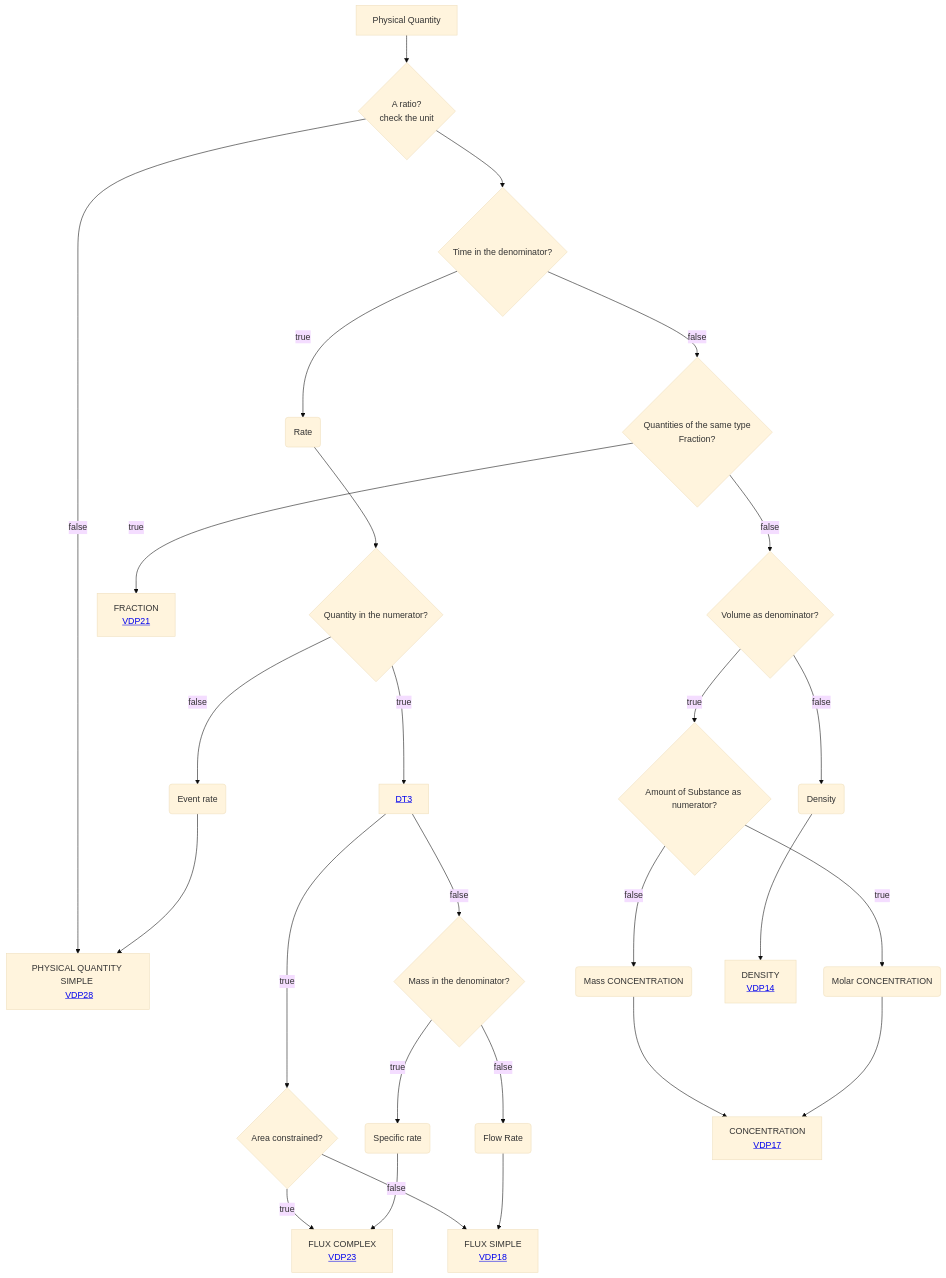
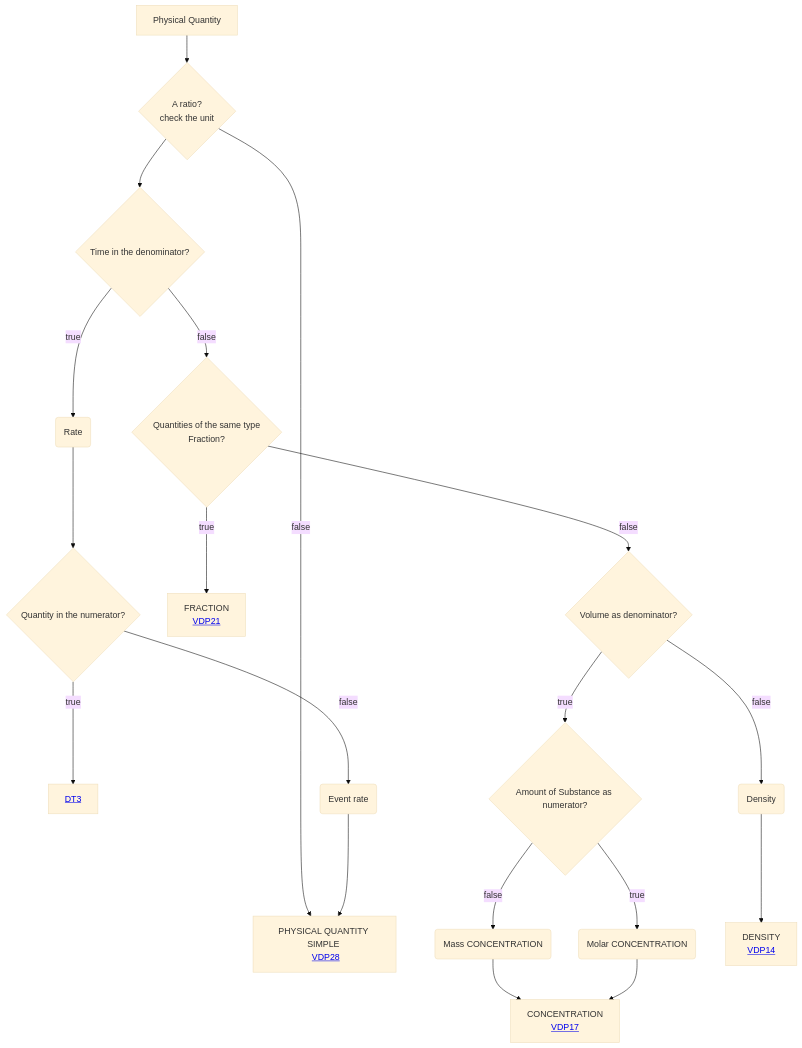
Before and after one commit to mabablue/I-ADOPT-patterns-playground: the diagram in Decisition_trees/DT2.mmd, drawn with Mermaid (base theme).

Commit message:
Simplify decision tree by removing branches
Removed unnecessary branches related to area and mass constraints.

```diff
--- a/Decisition_trees/DT2.mmd
+++ b/Decisition_trees/DT2.mmd
@@ -1,27 +1,19 @@
 flowchart TD
     A[Physical Quantity] --> B{A ratio?<br>check the unit}
     B --> C{Time in the denominator?} 
     B --> |false|I[PHYSICAL QUANTITY SIMPLE <br> <a href='https://github.com/mabablue/I-ADOPT-patterns-playground/blob/main/pattern/VDP28.yaml'>VDP28</a>]
     C --> |true|MN(Rate) 
     MN --> N{Quantity in the numerator?}
     C --> |false|D{Quantities of the same type <br> Fraction?}
-    E --> |true|F{Area constrained?}
-    E --> |false|K{Mass in the denominator?} 
-    F --> |true|G[FLUX COMPLEX <br> <a href='https://github.com/mabablue/I-ADOPT-patterns-playground/blob/main/pattern/VDP23.yaml'>VDP23</a>]
-    F --> |false|H[FLUX SIMPLE <br> <a href='https://github.com/mabablue/I-ADOPT-patterns-playground/blob/main/pattern/VDP18.yaml'>VDP18</a>]
-    K --> |true|L(Specific rate)
-    L --> G
-    K --> |false|M(Flow Rate)
-    M --> H
     N --> |true|E[<a href='https://github.com/mabablue/I-ADOPT-patterns-playground/blob/main/Decisition_trees/DT3.mmd'>DT3</a>]
     N --> |false|O(Event rate)
     O --> I
     D --> |true|J[FRACTION <br> <a href='https://github.com/mabablue/I-ADOPT-patterns-playground/blob/main/pattern/VDP21.yaml'>VDP21</a>]
     D --> |false|P{Volume as denominator?}
     P --> |true|Q{Amount of Substance as numerator?}
     Q --> |true|R(Molar CONCENTRATION)
     Q --> |false|S(Mass CONCENTRATION)
     P --> |false|U(Density)
     S --> T[CONCENTRATION <br> <a href='https://github.com/mabablue/I-ADOPT-patterns-playground/blob/main/pattern/VDP17.yaml'>VDP17</a>]
     R --> T
     U --> V[DENSITY <br> <a href='https://github.com/mabablue/I-ADOPT-patterns-playground/blob/main/pattern/VDP14.yaml'>VDP14</a>]
```
